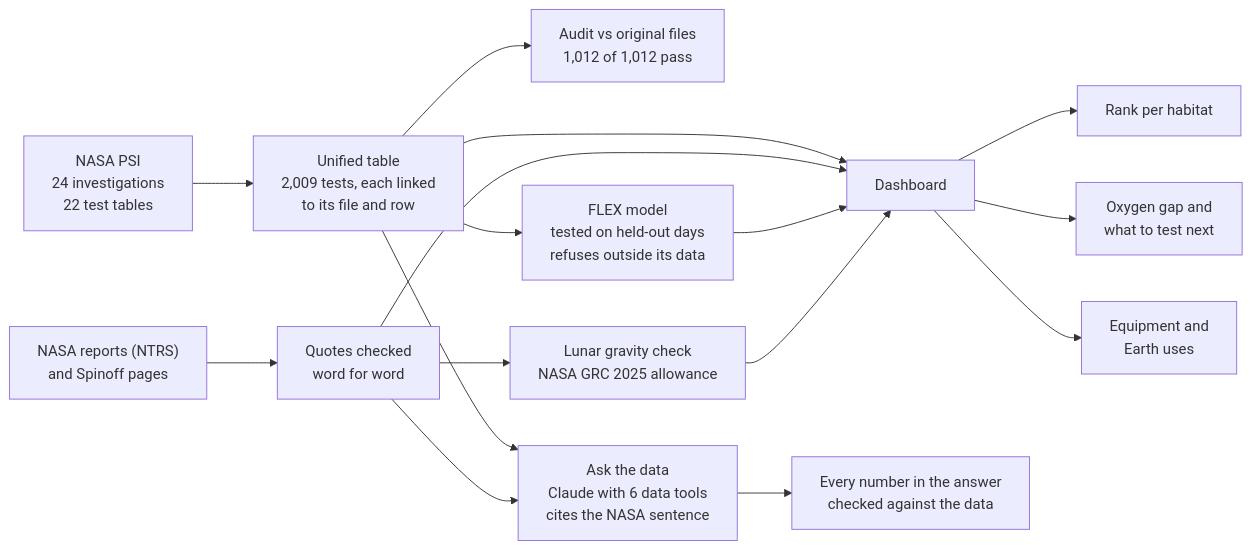
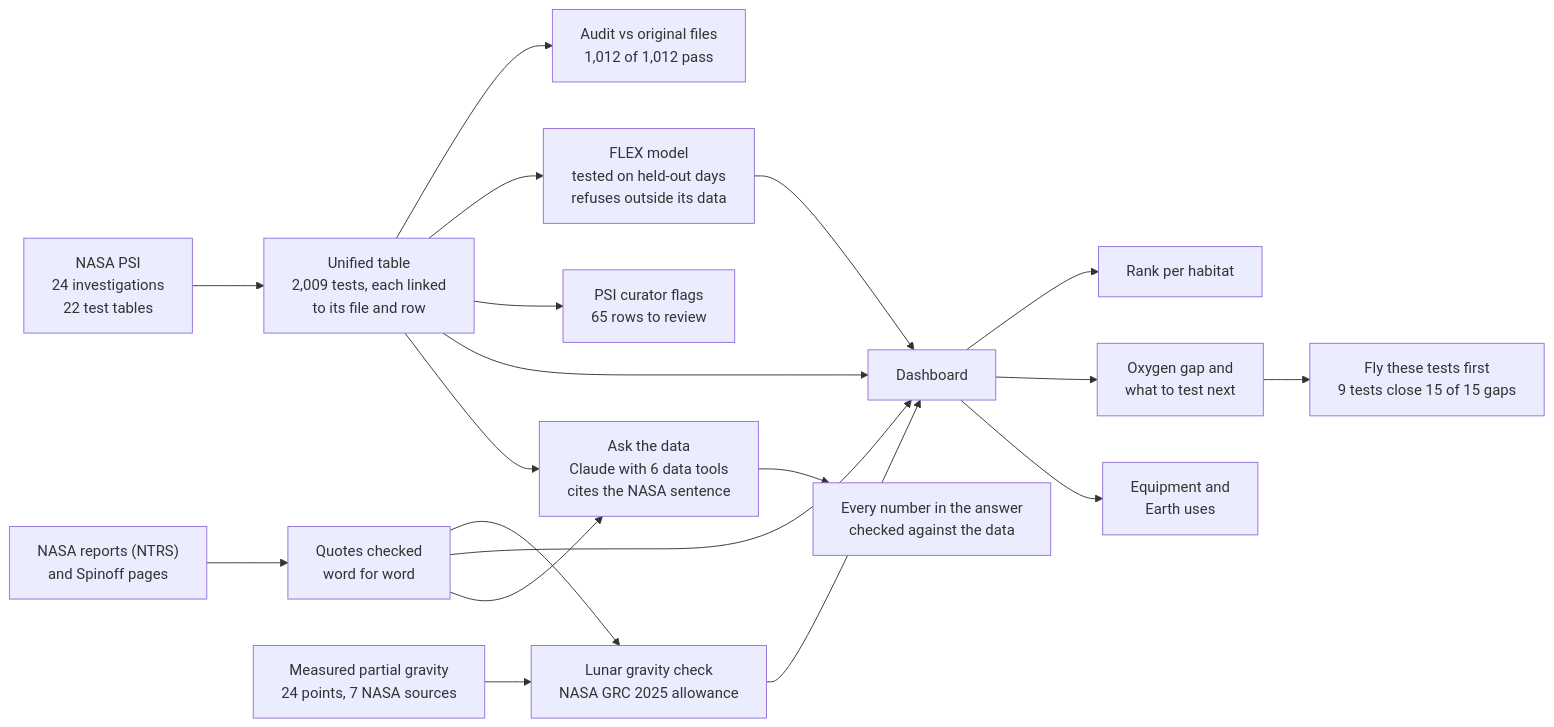
One commit to igeorgegabriel/Nasa_Space_Challenge changed the diagram in README.md. Above: the diagram before and after it, drawn with Mermaid. The commit also changed other lines of this file and 1 other file, not shown here.

Commit message:
Tall portrait screens: flame above the title, panels sized to content; README covers the test plan, curator flags and partial-gravity checks

````diff
--- a/README.md
+++ b/README.md
@@ -25,18 +25,21 @@
 ```mermaid
 flowchart LR
   P["NASA PSI<br/>24 investigations<br/>22 test tables"] --> U["Unified table<br/>2,009 tests, each linked<br/>to its file and row"]
   U --> A["Audit vs original files<br/>1,012 of 1,012 pass"]
   N["NASA reports (NTRS)<br/>and Spinoff pages"] --> Q["Quotes checked<br/>word for word"]
   U --> F["FLEX model<br/>tested on held-out days<br/>refuses outside its data"]
   Q --> L["Lunar gravity check<br/>NASA GRC 2025 allowance"]
+  M["Measured partial gravity<br/>24 points, 7 NASA sources"] --> L
+  U --> H["PSI curator flags<br/>65 rows to review"]
   U --> D["Dashboard"]
   Q --> D
   F --> D
   L --> D
   D --> R["Rank per habitat"]
   D --> G["Oxygen gap and<br/>what to test next"]
+  G --> T["Fly these tests first<br/>9 tests close 15 of 15 gaps"]
   D --> E["Equipment and<br/>Earth uses"]
   U --> K["Ask the data<br/>Claude with 6 data tools<br/>cites the NASA sentence"]
   Q --> K
   K --> C["Every number in the answer<br/>checked against the data"]
 ```
````
